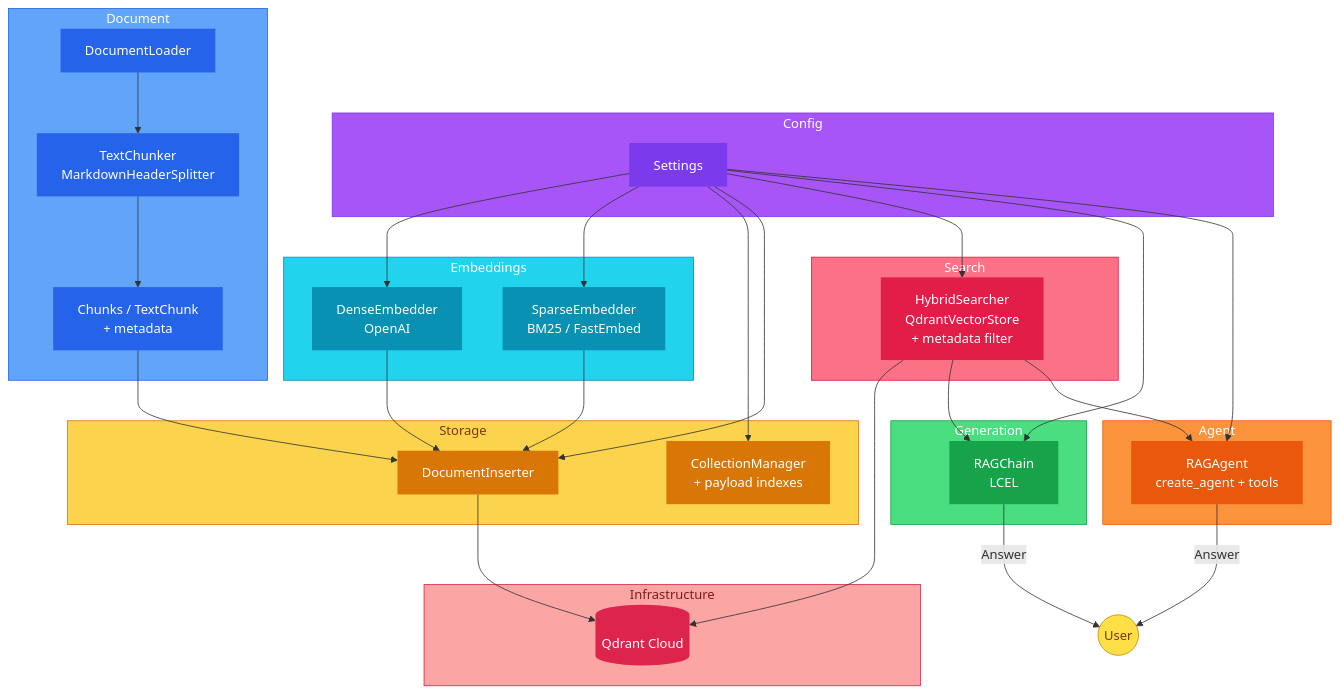
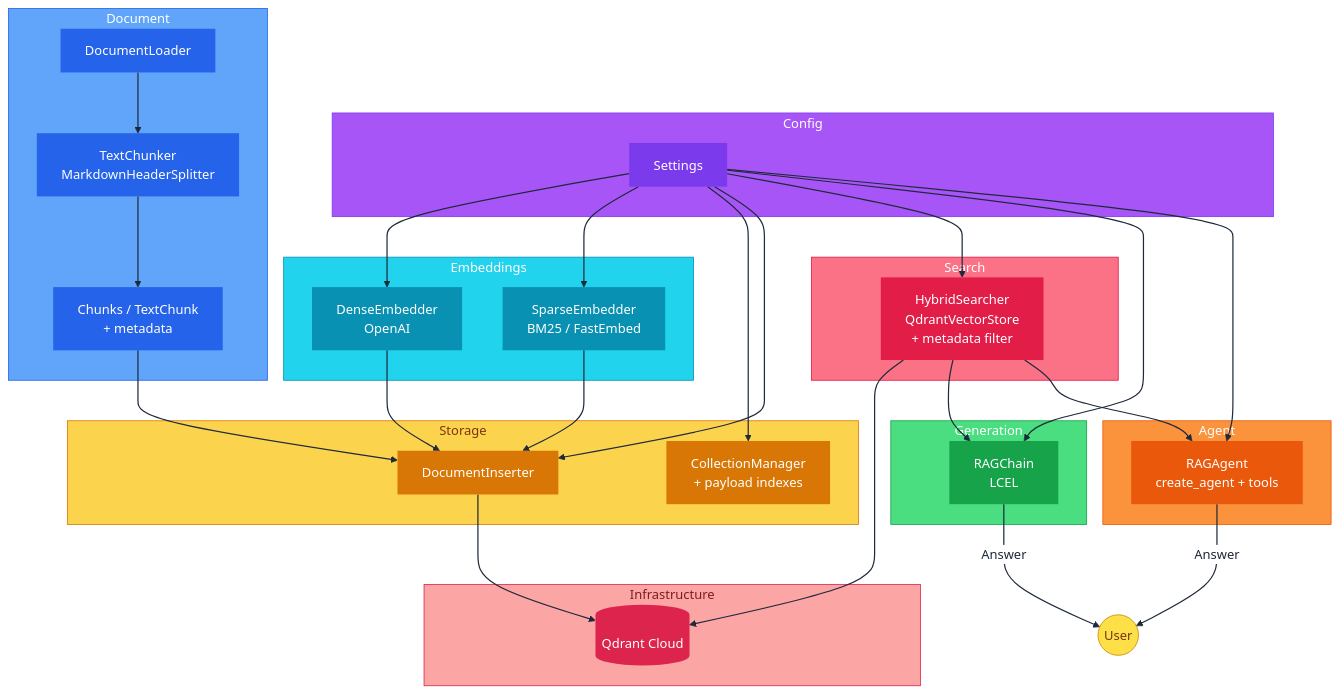
The fifth of 8 diagrams in README.md (Samanosukeh/rag-hybrid-search-multi-query), drawn with Mermaid before and after one commit.

Commit message:
refactor: update mermaid diagram styles for improved clarity in README

````diff
--- a/README.md
+++ b/README.md
@@ -214,79 +214,82 @@
 ```mermaid
+%%{init: {'theme': 'base', 'themeVariables': {'background': '#ffffff', 'edgeLabelBackground': '#ffffff'}}}%%
 graph TD
     subgraph Config
         S[Settings]
     end
 
     subgraph Document
         DL[DocumentLoader]
         TC[TextChunker<br/>MarkdownHeaderSplitter]
         CH[Chunks / TextChunk<br/>+ metadata]
     end
 
     subgraph Embeddings
         DE[DenseEmbedder<br/>OpenAI]
         SE[SparseEmbedder<br/>BM25 / FastEmbed]
     end
 
     subgraph Storage
         CM[CollectionManager<br/>+ payload indexes]
         DI[DocumentInserter]
     end
 
     subgraph Search
         HS[HybridSearcher<br/>QdrantVectorStore<br/>+ metadata filter]
     end
 
     subgraph Generation
         RC[RAGChain<br/>LCEL]
     end
 
     subgraph Agent
         RA[RAGAgent<br/>create_agent + tools]
     end
 
     subgraph Infrastructure
         QD[(Qdrant Cloud)]
     end
 
     S --> DE & SE & CM & DI & HS & RC & RA
 
     DL --> TC --> CH --> DI
     DE & SE --> DI
     DI --> QD
 
     HS --> QD
     HS --> RC & RA
     RC -->|Answer| User((User))
     RA -->|Answer| User
 
     style Config fill:#A855F7,stroke:#7C3AED,color:#fff
     style S fill:#7C3AED,stroke:none,color:#fff
 
     style Document fill:#60A5FA,stroke:#2563EB,color:#fff
     style DL fill:#2563EB,stroke:none,color:#fff
     style TC fill:#2563EB,stroke:none,color:#fff
     style CH fill:#2563EB,stroke:none,color:#fff
 
     style Embeddings fill:#22D3EE,stroke:#0891B2,color:#fff
     style DE fill:#0891B2,stroke:none,color:#fff
     style SE fill:#0891B2,stroke:none,color:#fff
 
     style Storage fill:#FCD34D,stroke:#D97706,color:#78350F
     style CM fill:#D97706,stroke:none,color:#fff
     style DI fill:#D97706,stroke:none,color:#fff
 
     style Search fill:#FB7185,stroke:#E11D48,color:#fff
     style HS fill:#E11D48,stroke:none,color:#fff
 
     style Generation fill:#4ADE80,stroke:#16A34A,color:#fff
     style RC fill:#16A34A,stroke:none,color:#fff
 
     style Agent fill:#FB923C,stroke:#EA580C,color:#fff
     style RA fill:#EA580C,stroke:none,color:#fff
 
     style Infrastructure fill:#FCA5A5,stroke:#DC244C,color:#7F1D1D
     style QD fill:#DC244C,stroke:none,color:#fff
 
     style User fill:#FDE047,stroke:#CA8A04,color:#78350F
+
+    linkStyle default stroke:#1e293b,stroke-width:1.5px,color:#1e293b
 ```
````
